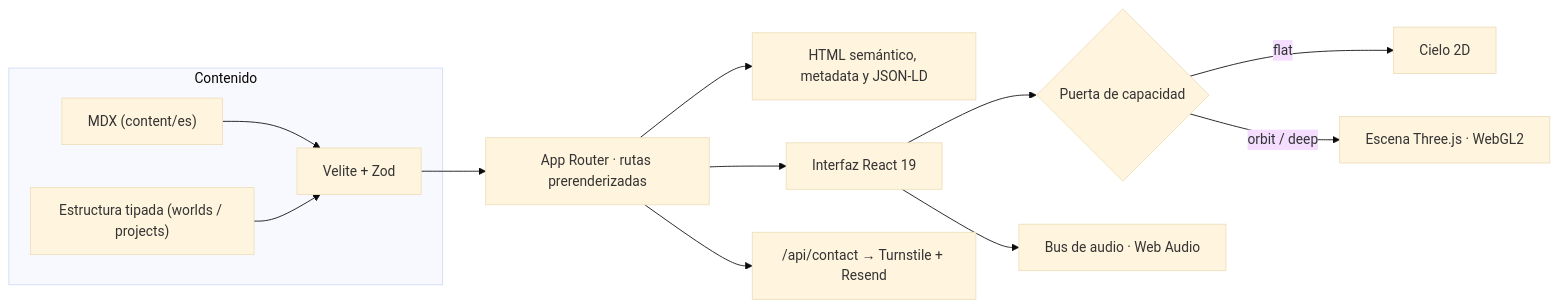
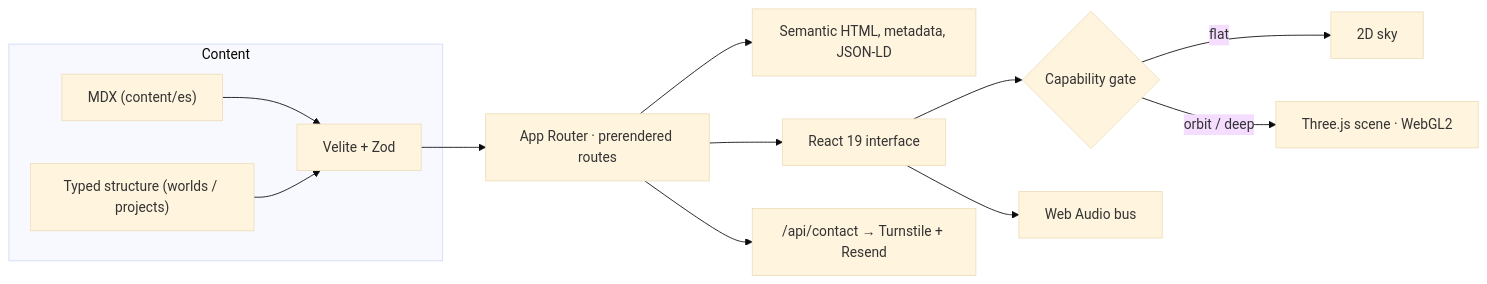
One commit to JonasJavier/jonas-orbit-v3 changed the diagram in README.md. Above: the diagram before and after it, drawn with Mermaid (base theme). The commit also changed other lines of this file and 9 other files, not shown here.

````diff
--- a/README.md
+++ b/README.md
@@ -130,15 +97,15 @@
 ```mermaid
 flowchart LR
-  subgraph Contenido
+  subgraph Content
     MDX["MDX (content/es)"] --> V["Velite + Zod"]
-    DATA["Estructura tipada (worlds / projects)"] --> V
+    DATA["Typed structure (worlds / projects)"] --> V
   end
-  V --> R["App Router · rutas prerenderizadas"]
-  R --> HTML["HTML semántico, metadata y JSON-LD"]
-  R --> UI["Interfaz React 19"]
-  UI --> G{"Puerta de capacidad"}
-  G -- "flat" --> SKY["Cielo 2D"]
-  G -- "orbit / deep" --> GL["Escena Three.js · WebGL2"]
-  UI --> AUDIO["Bus de audio · Web Audio"]
+  V --> R["App Router · prerendered routes"]
+  R --> HTML["Semantic HTML, metadata, JSON-LD"]
+  R --> UI["React 19 interface"]
+  UI --> G{"Capability gate"}
+  G -- "flat" --> SKY["2D sky"]
+  G -- "orbit / deep" --> GL["Three.js scene · WebGL2"]
+  UI --> AUDIO["Web Audio bus"]
   R --> API["/api/contact → Turnstile + Resend"]
 ```
````
